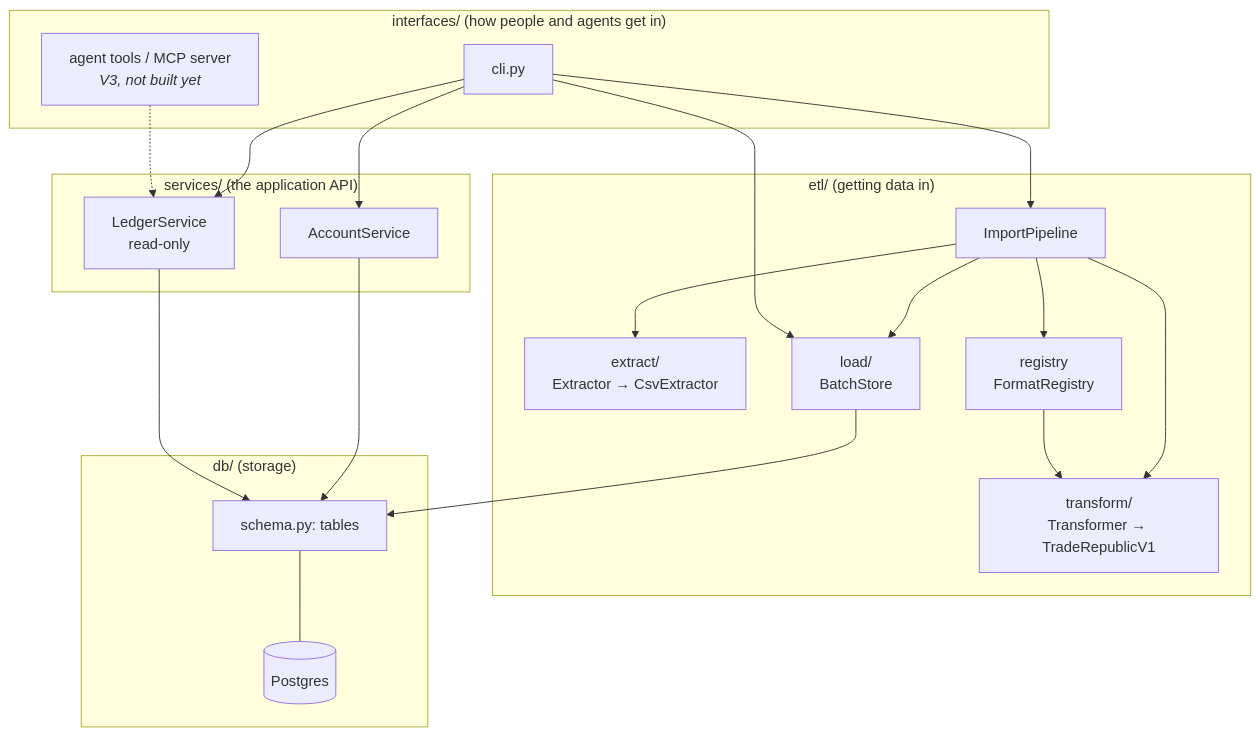
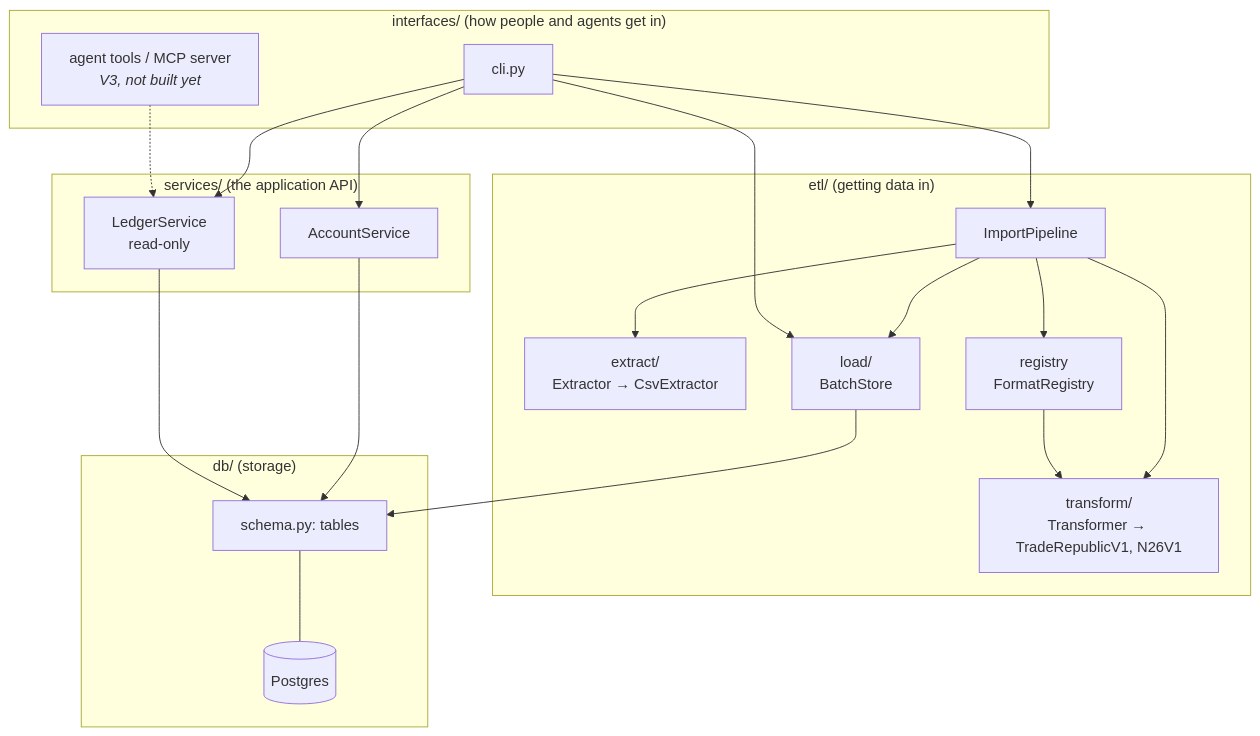
Before and after one commit to jui-hung-yuan/our-pocket: the first of 4 diagrams in docs/architecture.md, drawn with Mermaid. The commit also changed other lines of this file and 28 other files, not shown here.

````diff
--- a/docs/architecture.md
+++ b/docs/architecture.md
@@ -9,40 +9,40 @@
 ```mermaid
 flowchart TB
     subgraph interfaces["interfaces/  (how people and agents get in)"]
         CLI["cli.py"]
         TOOLS["agent tools / MCP server<br/><i>V3, not built yet</i>"]
     end
 
     subgraph services["services/  (the application API)"]
         ACC["AccountService"]
         LED["LedgerService<br/>read-only"]
     end
 
     subgraph etl["etl/  (getting data in)"]
         PIPE["ImportPipeline"]
         EX["extract/<br/>Extractor → CsvExtractor"]
         REG["registry<br/>FormatRegistry"]
-        TR["transform/<br/>Transformer → TradeRepublicV1"]
+        TR["transform/<br/>Transformer → TradeRepublicV1, N26V1"]
         LD["load/<br/>BatchStore"]
         PIPE --> EX
         PIPE --> REG
         PIPE --> TR
         PIPE --> LD
         REG --> TR
     end
 
     subgraph db["db/  (storage)"]
         SCHEMA["schema.py: tables"]
         PG[("Postgres")]
     end
 
     CLI --> ACC
     CLI --> LED
     CLI --> PIPE
     CLI --> LD
     TOOLS -.-> LED
     ACC --> SCHEMA
     LED --> SCHEMA
     LD --> SCHEMA
     SCHEMA --- PG
 ```
````
